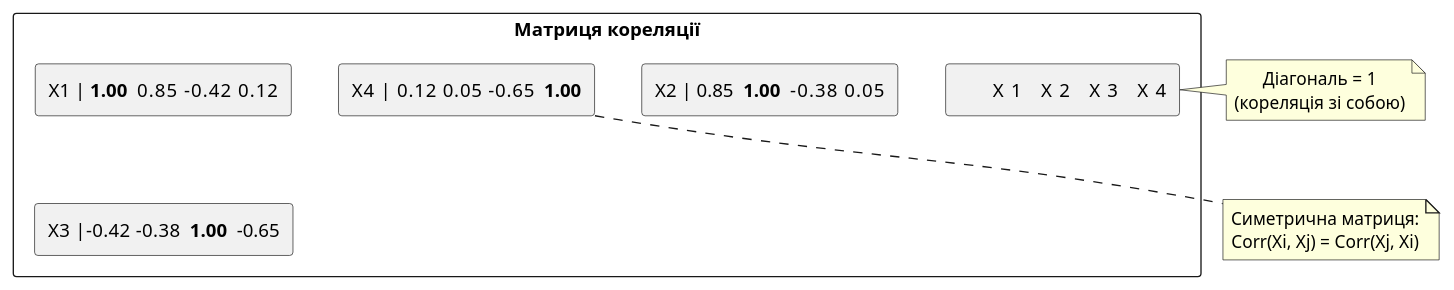
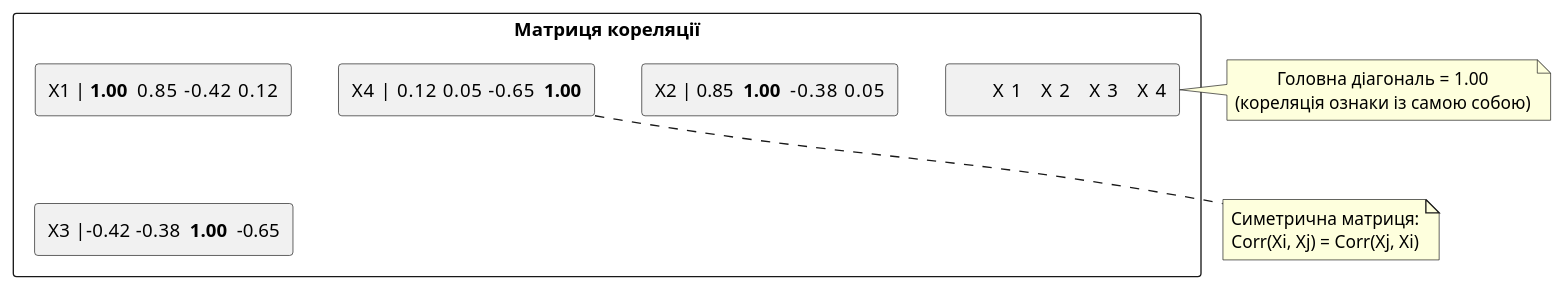
The second of 4 diagrams in content/16.ai-python/04.statistics-basics/05.correlation.md (arakviel/kostyl.dev), drawn with PlantUML before and after one commit. The commit also changed other lines of this file and 15 other files, not shown here.

````diff
--- a/content/16.ai-python/04.statistics-basics/05.correlation.md
+++ b/content/16.ai-python/04.statistics-basics/05.correlation.md
@@ -417,25 +569,25 @@
 ```plantuml
 @startuml
 skinparam style plain
 skinparam backgroundColor #FFFFFF
 skinparam defaultTextAlignment center
 
 rectangle "Матриця кореляції" {
   rectangle "       X1      X2      X3      X4" as header
   rectangle "X1 | **1.00**  0.85  -0.42   0.12" as row1
   rectangle "X2 | 0.85  **1.00**  -0.38   0.05" as row2
   rectangle "X3 |-0.42  -0.38  **1.00**  -0.65" as row3
   rectangle "X4 | 0.12   0.05  -0.65  **1.00**" as row4
 }
 
 note right of header
-  Діагональ = 1
-  (кореляція зі собою)
+  Головна діагональ = 1.00
+  (кореляція ознаки із самою собою)
 end note
 
 note bottom of row4
   Симетрична матриця:
   Corr(Xi, Xj) = Corr(Xj, Xi)
 end note
 @enduml
 ```
````
